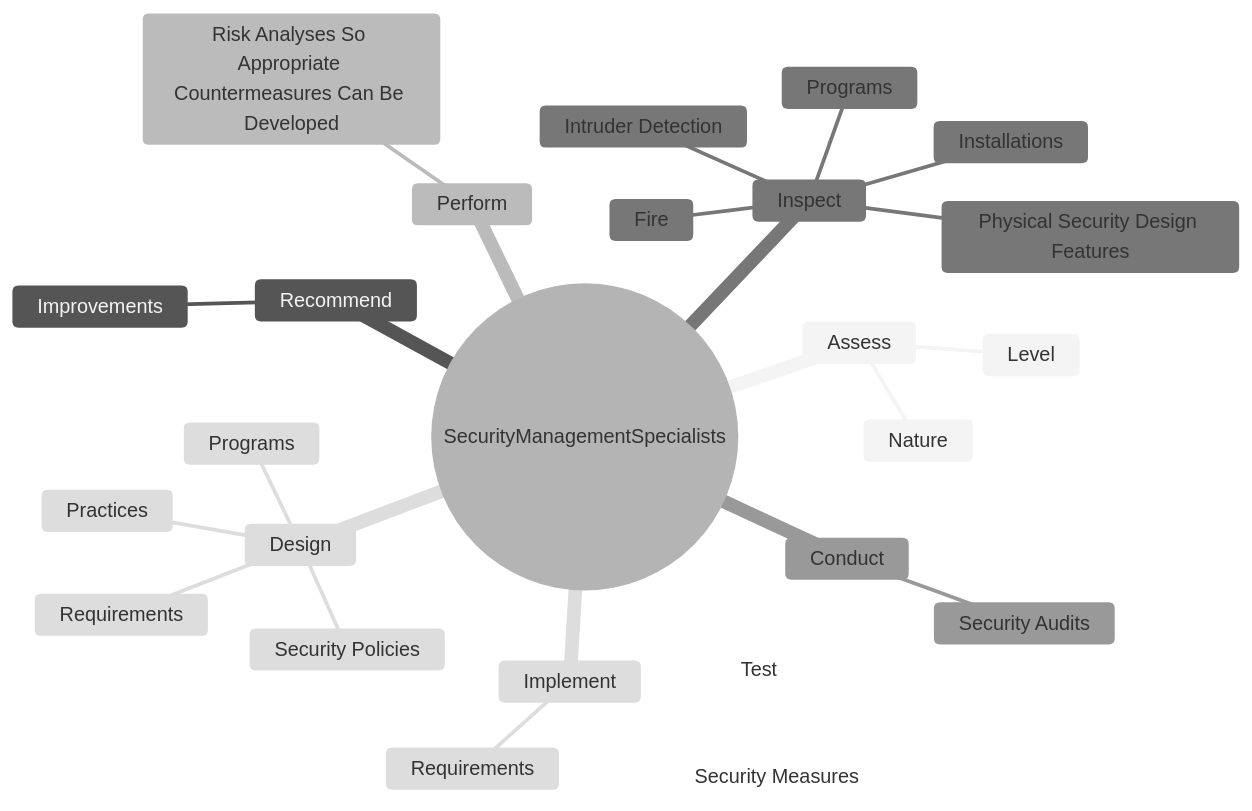
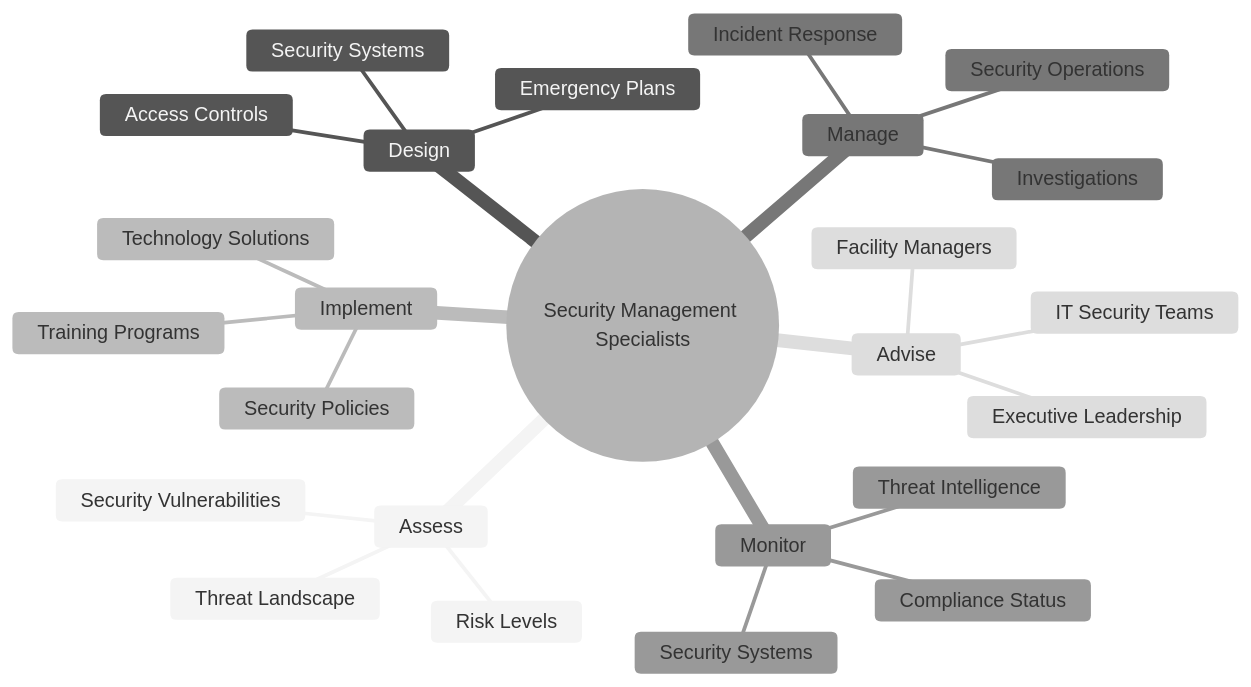
One commit to kziemski/business.org.ai changed the second of 4 diagrams in occupations/Business/SecurityManagementSpecialists.mdx. Above: the diagram before and after it, drawn with Mermaid (neutral theme). The commit also changed other lines of this file and 938 other files, not shown here.

````diff
--- a/occupations/Business/SecurityManagementSpecialists.mdx
+++ b/occupations/Business/SecurityManagementSpecialists.mdx
@@ -38,28 +49,28 @@
 ```mermaid
 mindmap
-    root(("SecurityManagementSpecialists"))
+    root(("Security Management Specialists"))
         Assess
-            Nature
-            Level
-        Recommend
-            Improvements
-        Perform
-            Risk Analyses So Appropriate Countermeasures Can Be Developed
-        Inspect
-            Physical Security Design Features
-            Installations
-            Programs
-            Fire
-            Intruder Detection
-        Conduct
-            Security Audits
+            Security Vulnerabilities
+            Threat Landscape
+            Risk Levels
         Design
+            Security Systems
+            Access Controls
+            Emergency Plans
+        Implement
             Security Policies
-            Programs
-            Practices
-            Requirements
-        Test
-            Security Measures
-        Implement
-            Requirements
+            Technology Solutions
+            Training Programs
+        Manage
+            Security Operations
+            Incident Response
+            Investigations
+        Monitor
+            Threat Intelligence
+            Security Systems
+            Compliance Status
+        Advise
+            Executive Leadership
+            Facility Managers
+            IT Security Teams
 ```
````
